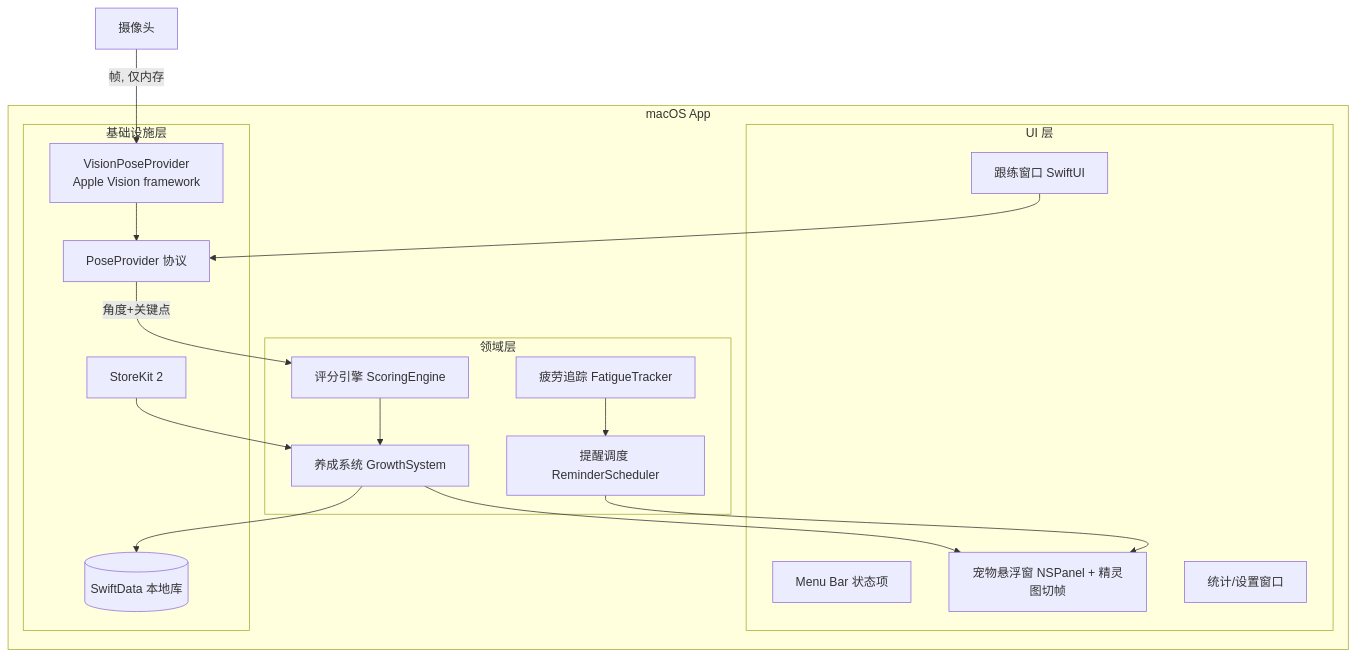
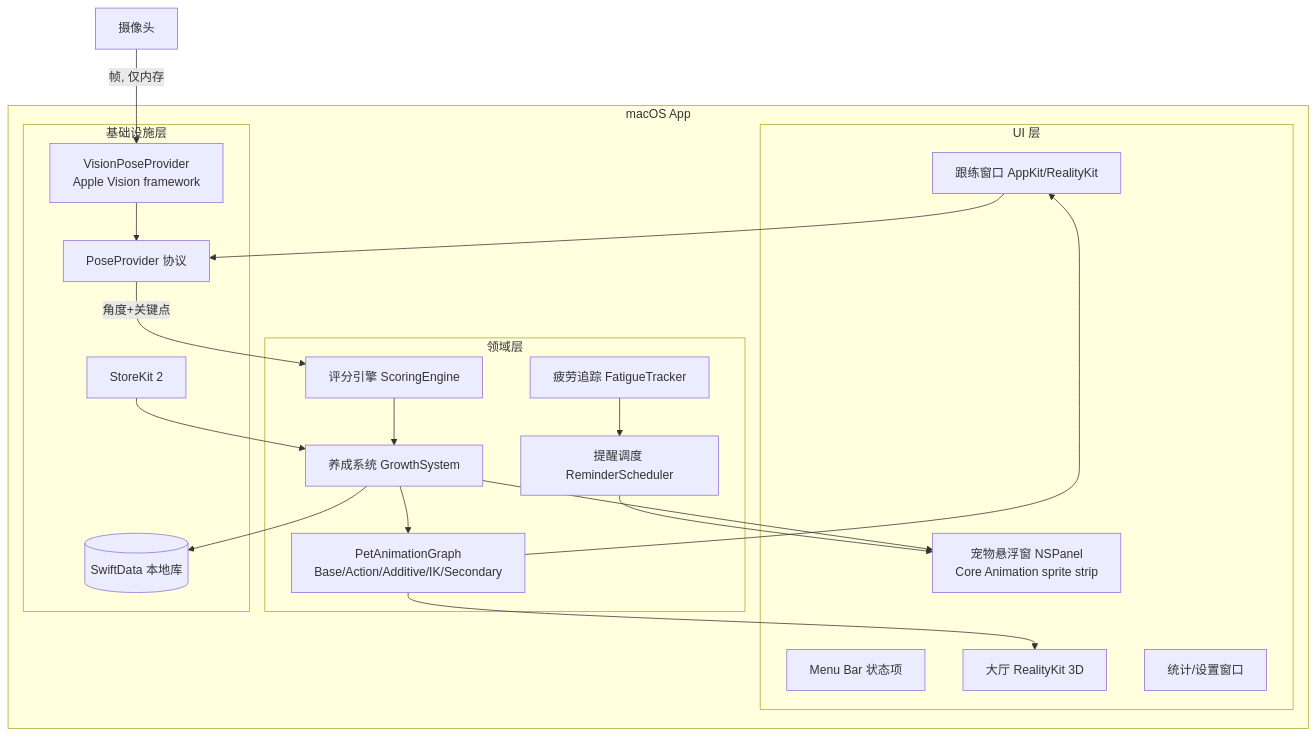
The diagram in foundation/tech-arch/overview.md (zt994451054/nickbody), drawn with Mermaid before and after one commit. The commit also changed other lines of this file and 14 other files, not shown here.

````diff
--- a/foundation/tech-arch/overview.md
+++ b/foundation/tech-arch/overview.md
@@ -41,31 +43,35 @@
 ```mermaid
 graph TB
   subgraph macOS App
     subgraph UI 层
       MB[Menu Bar 状态项]
-      PW[宠物悬浮窗 NSPanel + 精灵图切帧]
-      EW[跟练窗口 SwiftUI]
+      PW[宠物悬浮窗 NSPanel<br/>Core Animation sprite strip]
+      LW[大厅 RealityKit 3D]
+      EW[跟练窗口 AppKit/RealityKit]
       SW[统计/设置窗口]
     end
     subgraph 领域层
       FT[疲劳追踪 FatigueTracker]
       RM[提醒调度 ReminderScheduler]
       SE[评分引擎 ScoringEngine]
       GS[养成系统 GrowthSystem]
+      PAG[PetAnimationGraph<br/>Base/Action/Additive/IK/Secondary]
     end
     subgraph 基础设施层
       PP[PoseProvider 协议]
       VF[VisionPoseProvider<br/>Apple Vision framework]
       SD[(SwiftData 本地库)]
       SK[StoreKit 2]
     end
   end
   CAM[摄像头] -->|帧, 仅内存| VF
   VF --> PP
   PP -->|角度+关键点| SE
   FT --> RM --> PW
   SE --> GS --> SD
   GS --> PW
+  GS --> PAG --> LW
+  PAG --> EW
   EW --> PP
   SK --> GS
 ```
````
